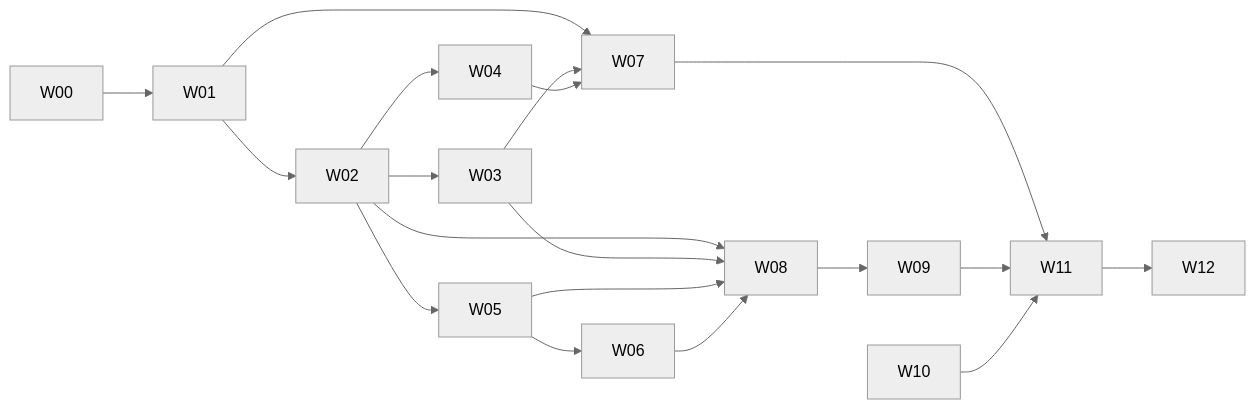
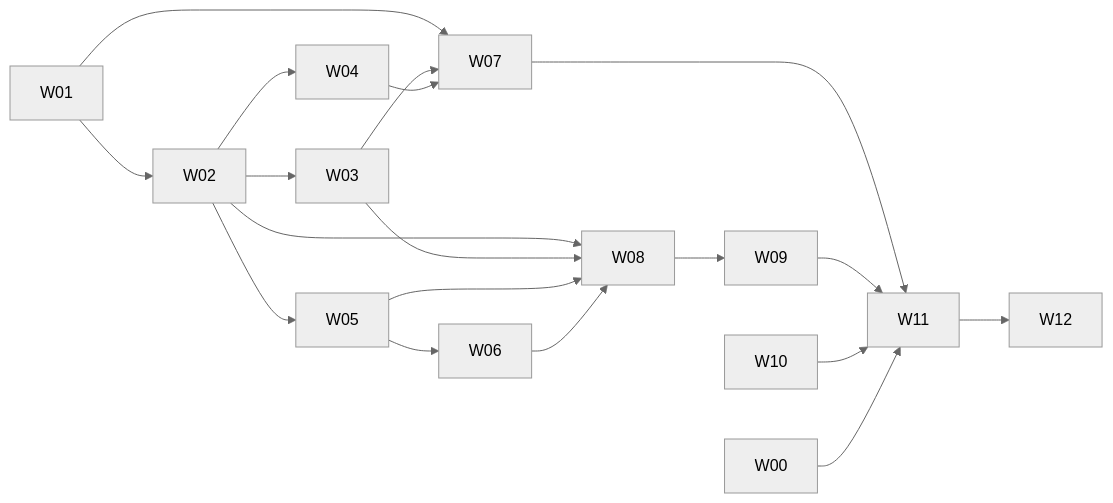
Before and after one commit to easyhaloo/afk: the fourth of 4 diagrams in docs/superpowers/plans/2026-11-09-session-distillation.md, drawn with Mermaid (neutral theme). The commit also changed other lines of this file and 26 other files, not shown here.

````diff
--- a/docs/superpowers/plans/2026-11-09-session-distillation.md
+++ b/docs/superpowers/plans/2026-11-09-session-distillation.md
@@ -1072,20 +1087,21 @@
 ```mermaid
 flowchart LR
-  W00 --> W01 --> W02
+  W01 --> W02
   W02 --> W03
   W02 --> W04
   W02 --> W05
   W05 --> W06
   W01 --> W07
   W03 --> W07
   W04 --> W07
   W02 --> W08
   W03 --> W08
   W05 --> W08
   W06 --> W08
   W08 --> W09
   W07 --> W11
   W09 --> W11
   W10 --> W11
+  W00 --> W11
   W11 --> W12
 ```
````
